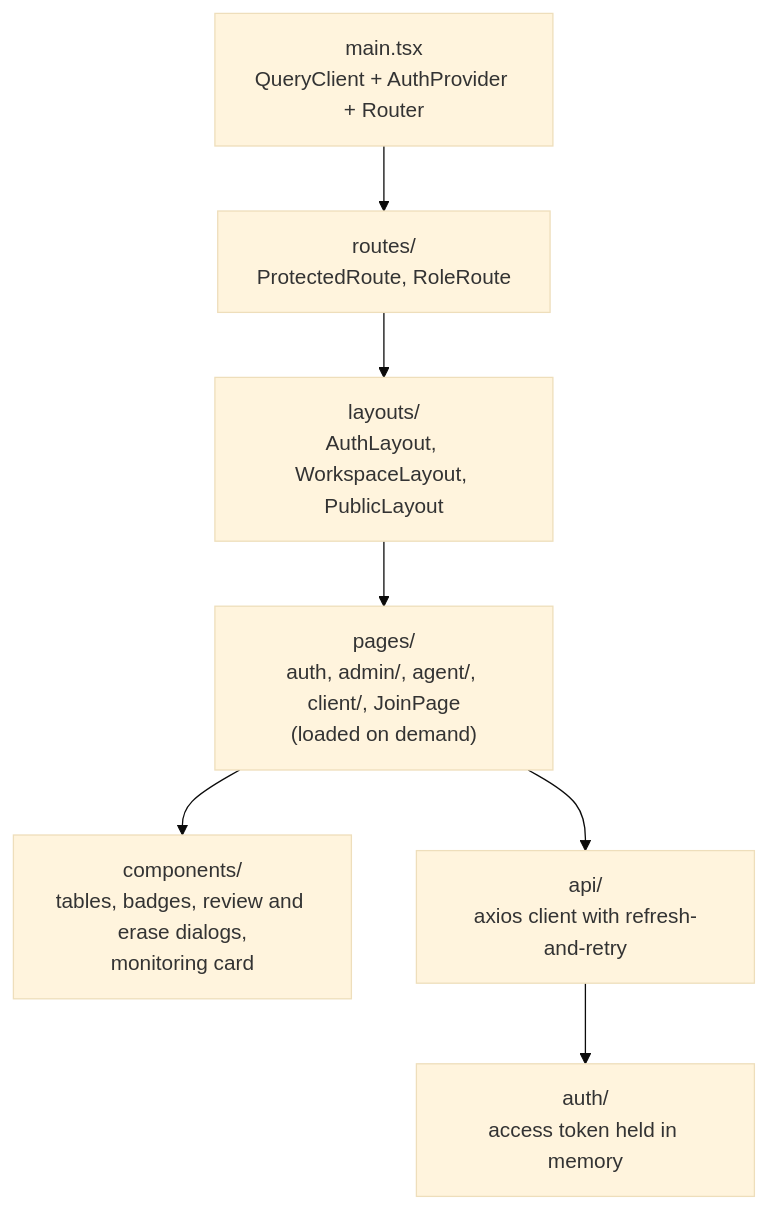
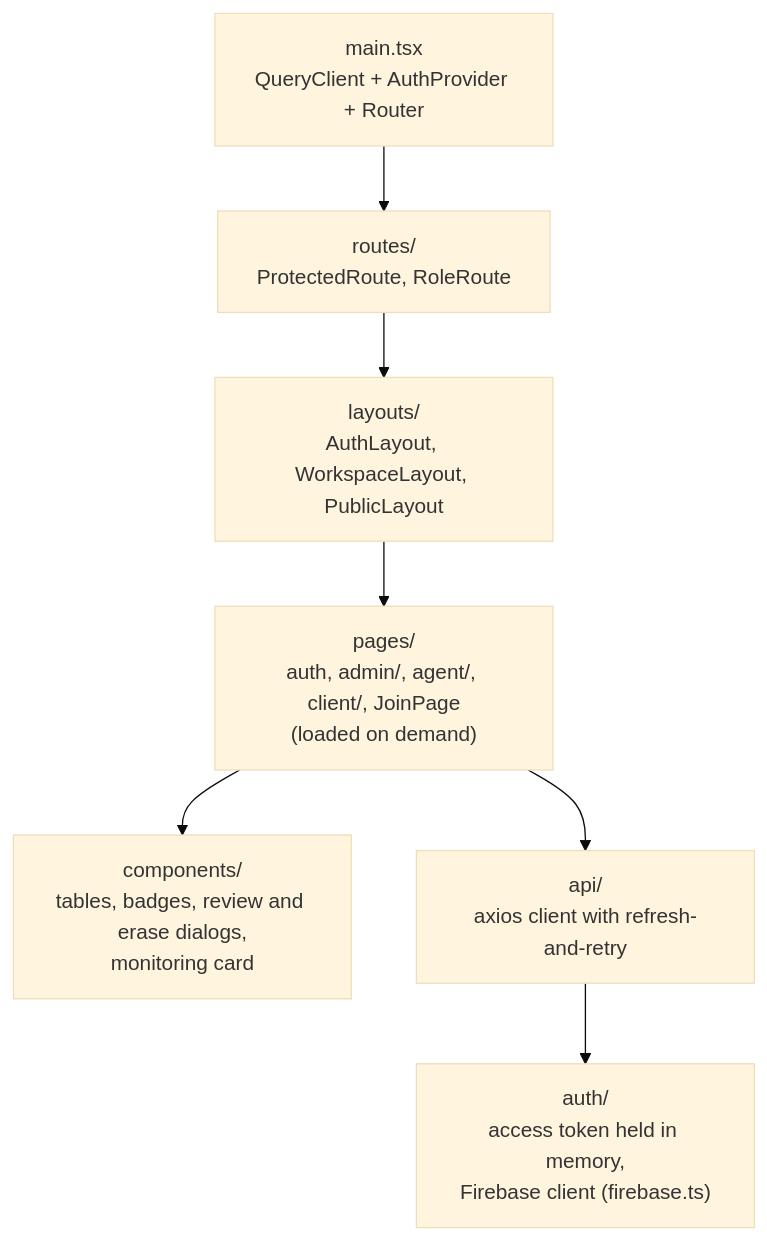
One commit to Myranyamwanda/Salesmesh changed the third of 3 diagrams in docs/architecture.md. Above: the diagram before and after it, drawn with Mermaid (base theme). The commit also changed other lines of this file and 7 other files, not shown here.

````diff
--- a/docs/architecture.md
+++ b/docs/architecture.md
@@ -66,15 +68,15 @@
 ```mermaid
 flowchart TB
     main["main.tsx<br/>QueryClient + AuthProvider + Router"]
     routes["routes/<br/>ProtectedRoute, RoleRoute"]
     layouts["layouts/<br/>AuthLayout, WorkspaceLayout, PublicLayout"]
     pages["pages/<br/>auth, admin/, agent/, client/, JoinPage<br/>(loaded on demand)"]
     components["components/<br/>tables, badges, review and erase dialogs,<br/>monitoring card"]
     api["api/<br/>axios client with refresh-and-retry"]
-    auth["auth/<br/>access token held in memory"]
+    auth["auth/<br/>access token held in memory,<br/>Firebase client (firebase.ts)"]
 
     main --> routes --> layouts --> pages
     pages --> components
     pages --> api
     api --> auth
 ```
````
